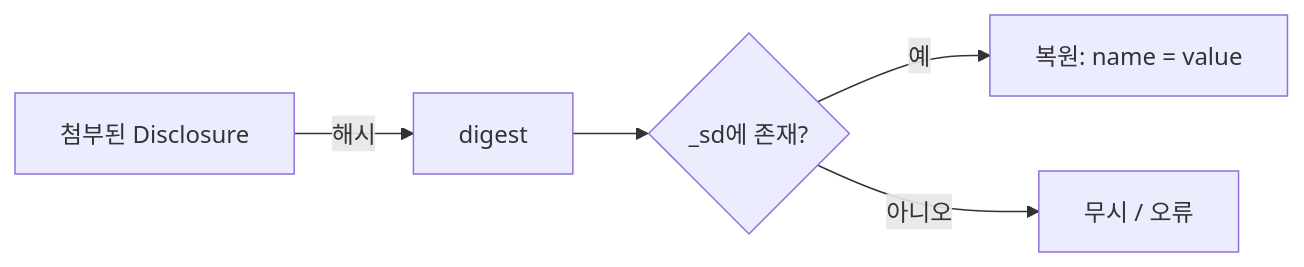
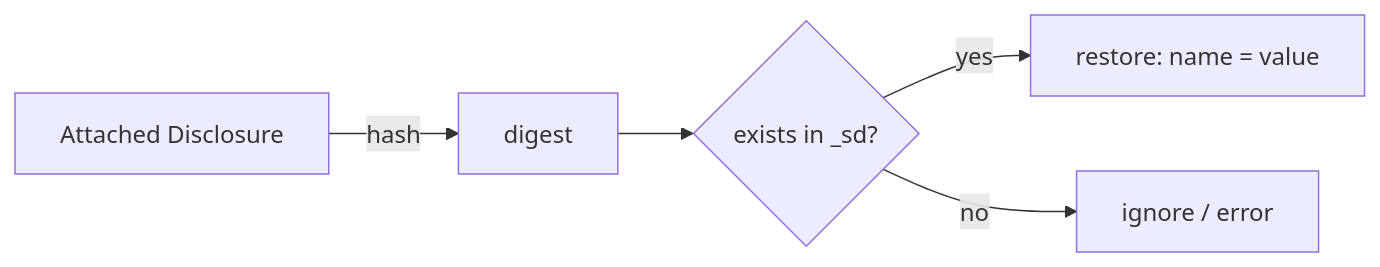
The fourth of 4 diagrams in docs/concepts/sdjwt/sdjwt_presentation_and_verification.md (OmniOneID/poc-oid4vc), drawn with Mermaid before and after one commit. The commit also changed other lines of this file and 29 other files, not shown here.

````diff
--- a/docs/concepts/sdjwt/sdjwt_presentation_and_verification.md
+++ b/docs/concepts/sdjwt/sdjwt_presentation_and_verification.md
@@ -152,7 +152,7 @@
 ```mermaid
 flowchart LR
-    D[첨부된 Disclosure] -->|해시| H[digest]
-    H --> M{_sd에 존재?}
-    M -->|예| R["복원: name = value"]
-    M -->|아니오| X[무시 / 오류]
+    D[Attached Disclosure] -->|hash| H[digest]
+    H --> M{exists in _sd?}
+    M -->|yes| R["restore: name = value"]
+    M -->|no| X[ignore / error]
 ```
````
